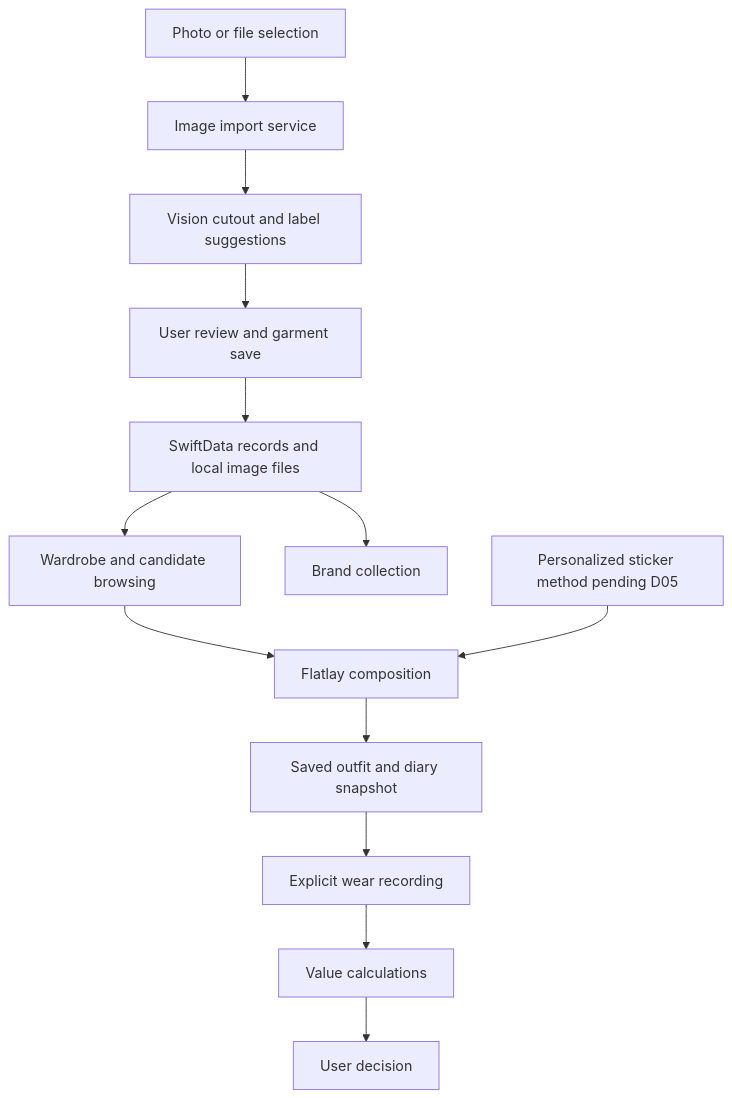
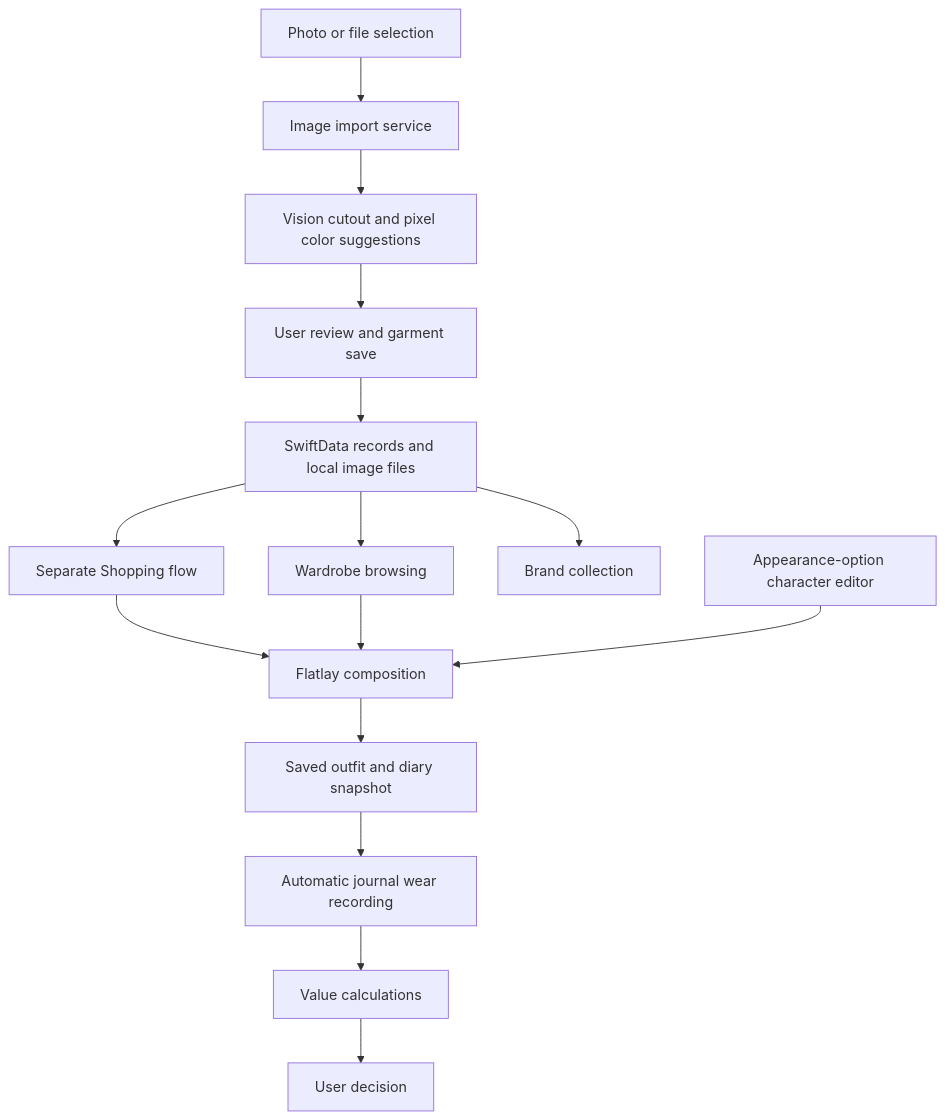
One commit to carrol74/wearwise changed the diagram in devpost/spec.md. Above: the diagram before and after it, drawn with Mermaid. The commit also changed other lines of this file and 3 other files, not shown here.

````diff
--- a/devpost/spec.md
+++ b/devpost/spec.md
@@ -26,15 +36,17 @@
 ```mermaid
 flowchart TD
     A[Photo or file selection] --> B[Image import service]
-    B --> C[Vision cutout and label suggestions]
+    B --> C[Vision cutout and pixel color suggestions]
     C --> D[User review and garment save]
     D --> E[SwiftData records and local image files]
-    E --> F[Wardrobe and candidate browsing]
+    E --> F[Wardrobe browsing]
+    E --> P[Separate Shopping flow]
+    P --> G
     F --> G[Flatlay composition]
     G --> H[Saved outfit and diary snapshot]
-    H --> I[Explicit wear recording]
+    H --> I[Automatic journal wear recording]
     I --> J[Value calculations]
     J --> K[User decision]
     E --> L[Brand collection]
-    M[Personalized sticker method pending D05] --> G
+    M[Appearance-option character editor] --> G
 ```
````
